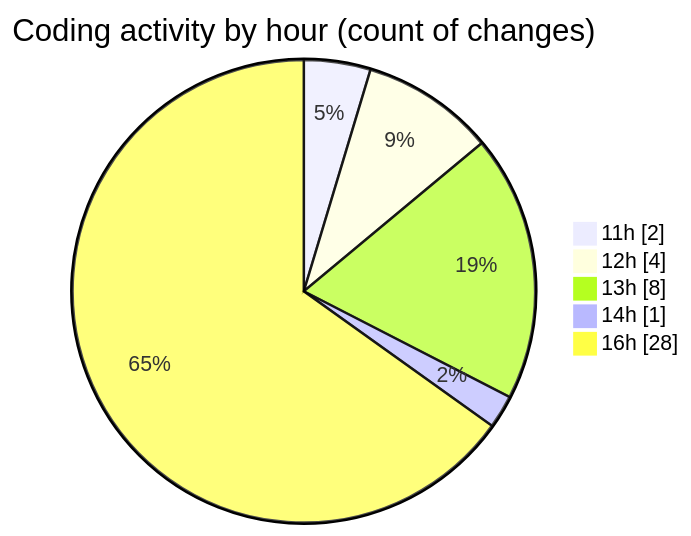
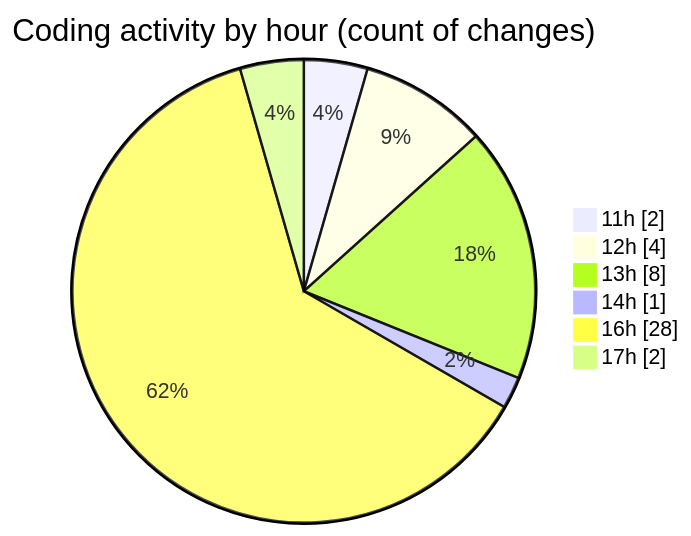
The second of 2 diagrams in 2026-01-30/nxtqube_webapp/README.md (nxtqubesakshisongat/code-tracking), drawn with Mermaid before and after one commit. The commit also changed other lines of this file and 1 other file, not shown here.

````diff
--- a/2026-01-30/nxtqube_webapp/README.md
+++ b/2026-01-30/nxtqube_webapp/README.md
@@ -32,9 +32,10 @@
 ```mermaid
 pie showData
 title Coding activity by hour (count of changes)
 "11h" : 2
 "12h" : 4
 "13h" : 8
 "14h" : 1
 "16h" : 28
+"17h" : 2
 ```
````
